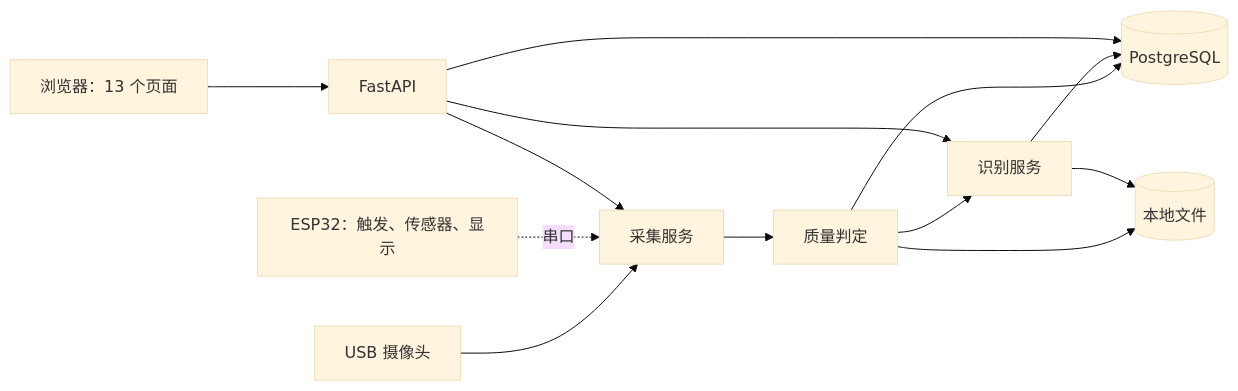
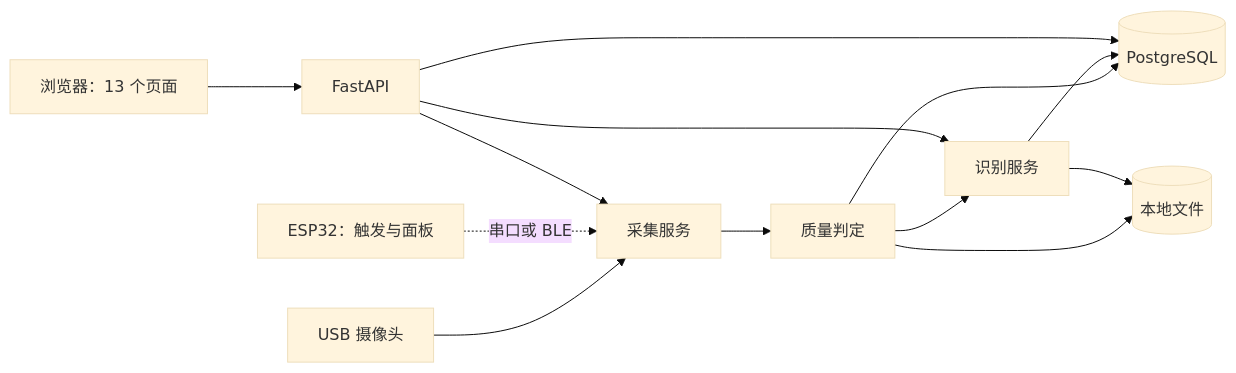
The first of 2 diagrams in docs/architecture-zh.md (FrozenYty/aquavision), drawn with Mermaid (base theme) before and after one commit. The commit also changed other lines of this file and 60 other files, not shown here.

````diff
--- a/docs/architecture-zh.md
+++ b/docs/architecture-zh.md
@@ -21,15 +21,15 @@
 ```mermaid
 flowchart LR
     CAM[USB 摄像头] --> CAP[采集服务]
-    MCU[ESP32：触发、传感器、显示] -. 串口 .-> CAP
+    MCU[ESP32：触发与面板] -. 串口或 BLE .-> CAP
     CAP --> Q[质量判定]
     Q --> DB[(PostgreSQL)]
     Q --> FS[(本地文件)]
     Q --> DET[识别服务]
     DET --> DB
     DET --> FS
     WEB[浏览器：13 个页面] --> API[FastAPI]
     API --> CAP
     API --> DET
     API --> DB
 ```
````
